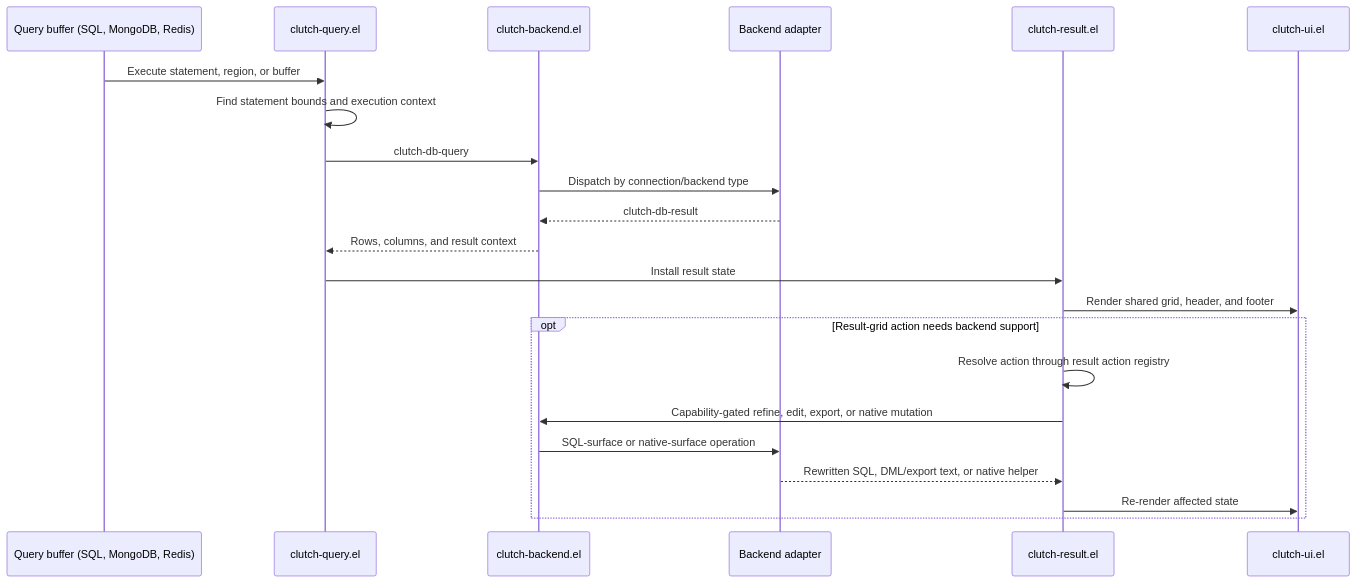
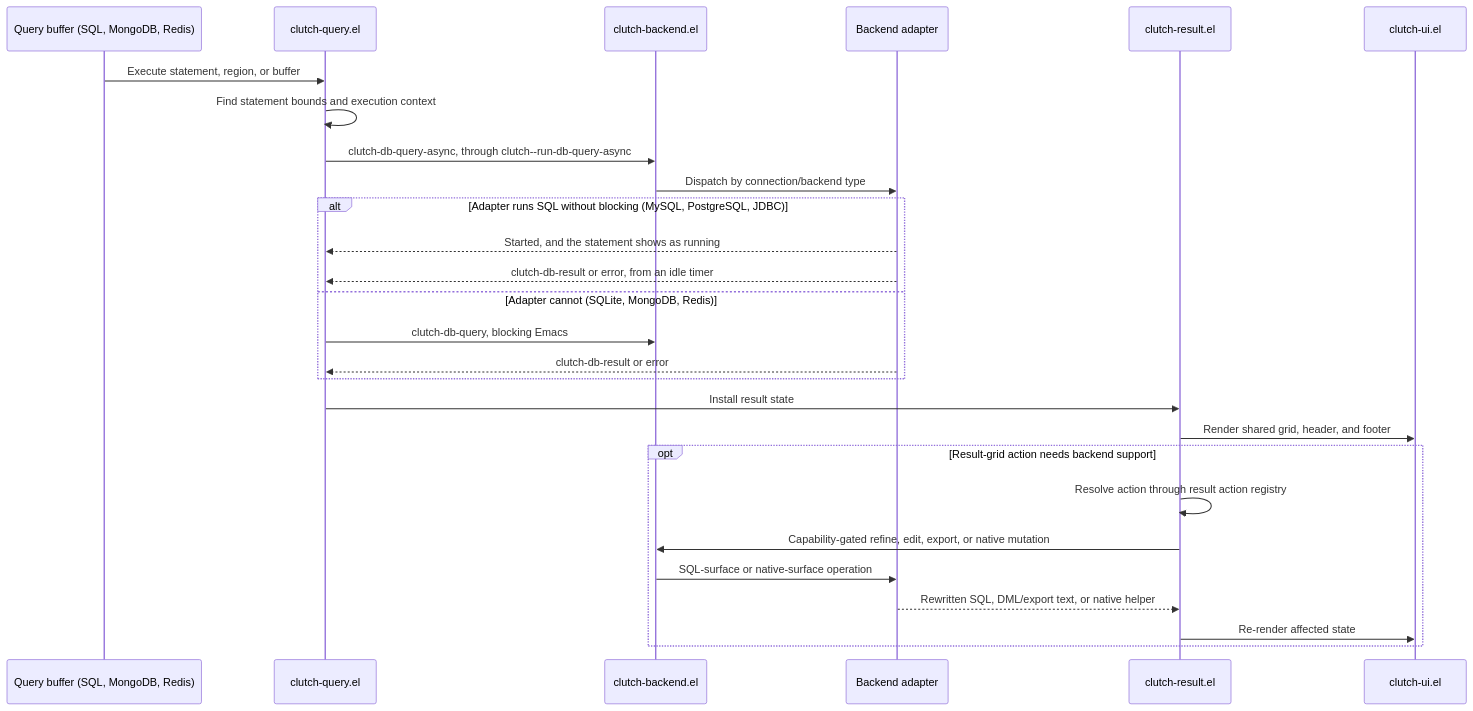
The fourth of 6 diagrams in docs/architecture.md (LuciusChen/clutch), drawn with Mermaid before and after one commit. The commit also changed other lines of this file, not shown here.

First line of the commit message:
Bring the architecture diagrams up to date

````diff
--- a/docs/architecture.md
+++ b/docs/architecture.md
@@ -170,25 +174,30 @@
 ```mermaid
 sequenceDiagram
   participant Buffer as Query buffer (SQL, MongoDB, Redis)
   participant Query as clutch-query.el
   participant Backend as clutch-backend.el
   participant Adapter as Backend adapter
   participant Result as clutch-result.el
   participant UI as clutch-ui.el
 
   Buffer->>Query: Execute statement, region, or buffer
   Query->>Query: Find statement bounds and execution context
-  Query->>Backend: clutch-db-query
+  Query->>Backend: clutch-db-query-async, through clutch--run-db-query-async
   Backend->>Adapter: Dispatch by connection/backend type
-  Adapter-->>Backend: clutch-db-result
-  Backend-->>Query: Rows, columns, and result context
+  alt Adapter runs SQL without blocking (MySQL, PostgreSQL, JDBC)
+    Adapter-->>Query: Started, and the statement shows as running
+    Adapter-->>Query: clutch-db-result or error, from an idle timer
+  else Adapter cannot (SQLite, MongoDB, Redis)
+    Query->>Backend: clutch-db-query, blocking Emacs
+    Adapter-->>Query: clutch-db-result or error
+  end
   Query->>Result: Install result state
   Result->>UI: Render shared grid, header, and footer
   opt Result-grid action needs backend support
     Result->>Result: Resolve action through result action registry
     Result->>Backend: Capability-gated refine, edit, export, or native mutation
     Backend->>Adapter: SQL-surface or native-surface operation
     Adapter-->>Result: Rewritten SQL, DML/export text, or native helper
     Result->>UI: Re-render affected state
   end
 ```
````
